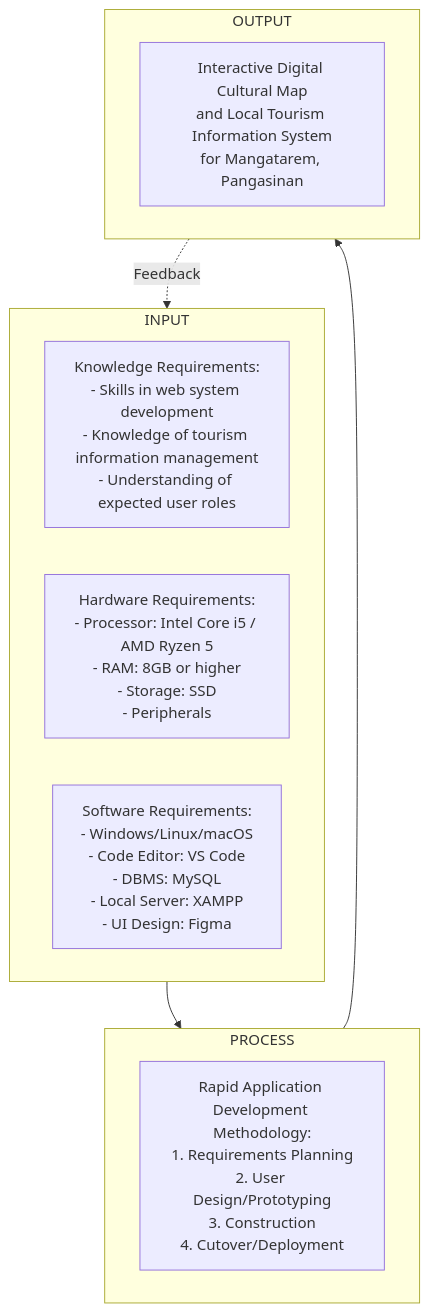
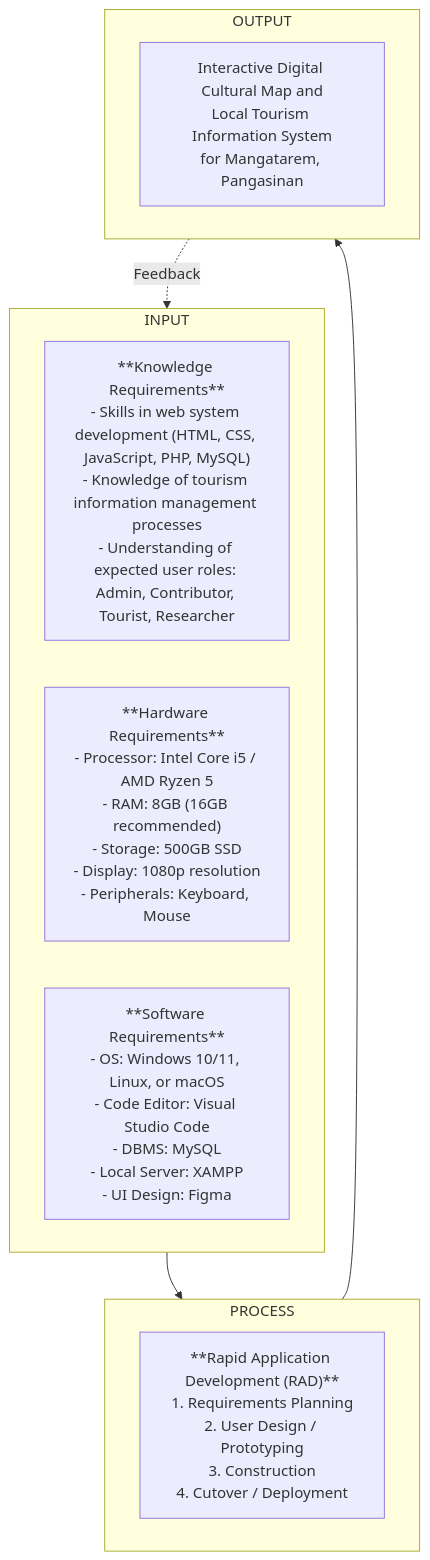
The diagram in docs/capstone/chapters/Chapter-1-Introduction.md (jemhakdog/Interactive-Digital-Cultural-Map-and-Local-Tourism-Information-system-for-Mangatarem--Pangasinan), drawn with Mermaid before and after one commit. The commit also changed other lines of this file and 61 other files, not shown here.

Commit message:
feat: implement core application architecture, authentication, business portal, and mapping modules

````diff
--- a/docs/capstone/chapters/Chapter-1-Introduction.md
+++ b/docs/capstone/chapters/Chapter-1-Introduction.md
@@ -53,20 +59,20 @@
 ```mermaid
 graph TD
     subgraph INPUT
-        K[Knowledge Requirements:<br>- Skills in web system development<br>- Knowledge of tourism information management<br>- Understanding of expected user roles]
-        H[Hardware Requirements:<br>- Processor: Intel Core i5 / AMD Ryzen 5<br>- RAM: 8GB or higher<br>- Storage: SSD<br>- Peripherals]
-        S[Software Requirements:<br>- Windows/Linux/macOS<br>- Code Editor: VS Code<br>- DBMS: MySQL<br>- Local Server: XAMPP<br>- UI Design: Figma]
+        K["**Knowledge Requirements**<br/>- Skills in web system development (HTML, CSS, JavaScript, PHP, MySQL)<br/>- Knowledge of tourism information management processes<br/>- Understanding of expected user roles: Admin, Contributor, Tourist, Researcher"]
+        H["**Hardware Requirements**<br/>- Processor: Intel Core i5 / AMD Ryzen 5<br/>- RAM: 8GB (16GB recommended)<br/>- Storage: 500GB SSD<br/>- Display: 1080p resolution<br/>- Peripherals: Keyboard, Mouse"]
+        S["**Software Requirements**<br/>- OS: Windows 10/11, Linux, or macOS<br/>- Code Editor: Visual Studio Code<br/>- DBMS: MySQL<br/>- Local Server: XAMPP<br/>- UI Design: Figma"]
     end
 
     subgraph PROCESS
-        RAD[Rapid Application Development Methodology:<br>1. Requirements Planning<br>2. User Design/Prototyping<br>3. Construction<br>4. Cutover/Deployment]
+        RAD["**Rapid Application Development (RAD)**<br/>1. Requirements Planning<br/>2. User Design / Prototyping<br/>3. Construction<br/>4. Cutover / Deployment"]
     end
 
     subgraph OUTPUT
-        SYS[Interactive Digital Cultural Map<br>and Local Tourism Information System<br>for Mangatarem, Pangasinan]
+        SYS["Interactive Digital Cultural Map and<br/>Local Tourism Information System<br/>for Mangatarem, Pangasinan"]
     end
 
     INPUT --> PROCESS
     PROCESS --> OUTPUT
-    OUTPUT -.->|Feedback| INPUT
+    OUTPUT -. Feedback .-> INPUT
 ```
````
